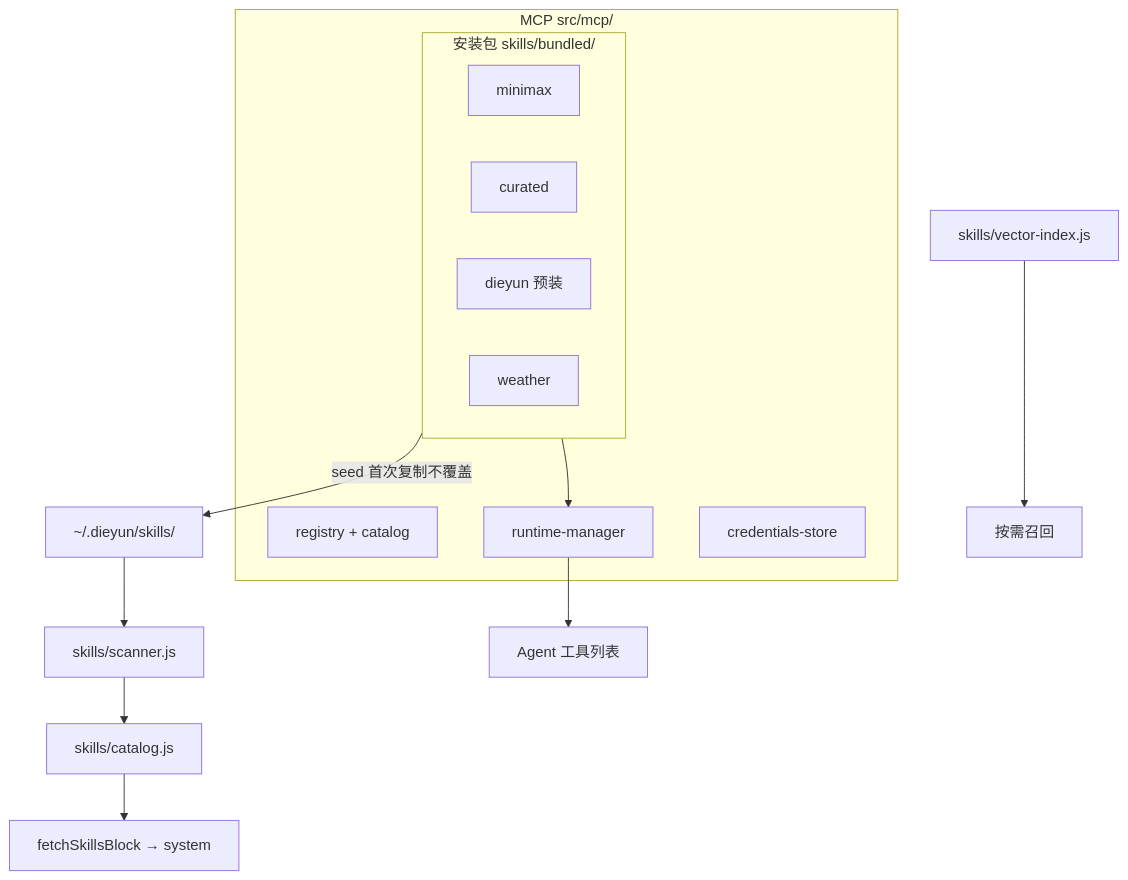
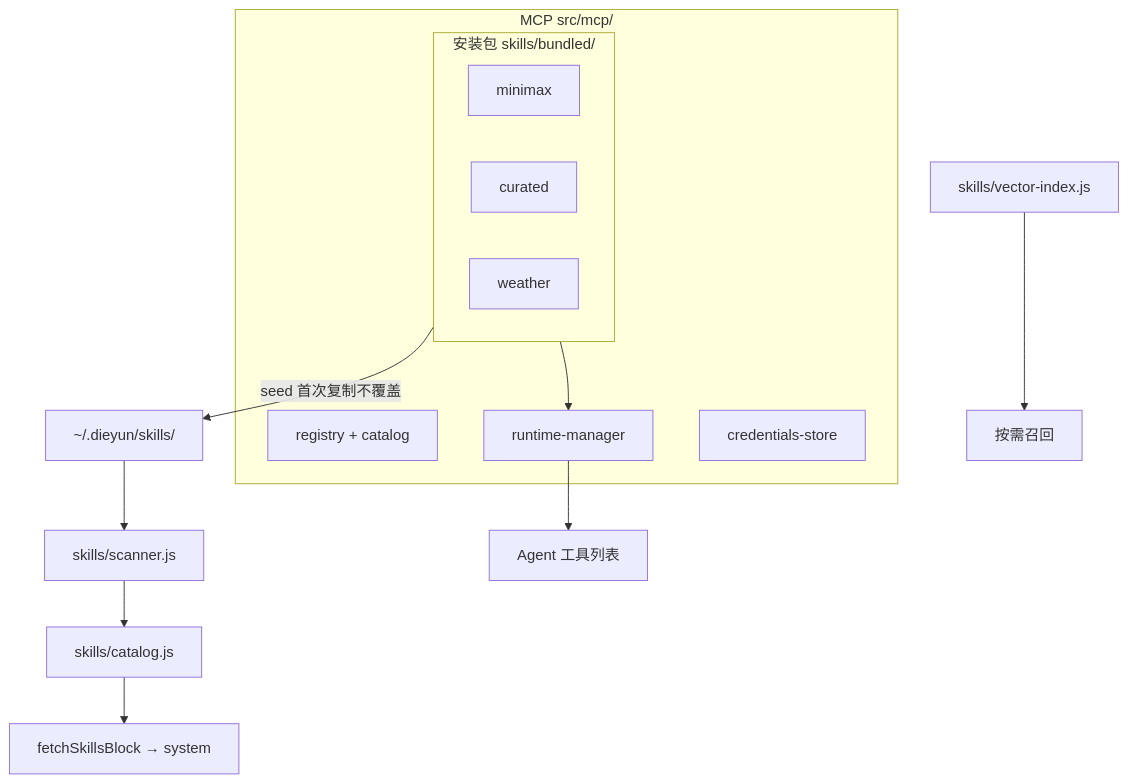
Before and after one commit to zuochamo/dieyunagent: the tenth of 15 diagrams in docs/ARCHITECTURE.md, drawn with Mermaid. The commit also changed other lines of this file and 45 other files, not shown here.

````diff
--- a/docs/ARCHITECTURE.md
+++ b/docs/ARCHITECTURE.md
@@ -507,25 +507,24 @@
 ```mermaid
 flowchart TB
   subgraph Bundled["安装包 skills/bundled/"]
     MiniMax[minimax]
     Curated[curated]
-    Dieyun[dieyun 预装]
     Weather[weather]
   end
 
   Bundled -->|seed 首次复制不覆盖| Home["~/.dieyun/skills/"]
   Home --> Scan[skills/scanner.js]
   Scan --> Catalog[skills/catalog.js]
   Catalog --> Prompt[fetchSkillsBlock → system]
   VectorIdx[skills/vector-index.js] --> Recall[按需召回]
 
   subgraph MCPmod["MCP src/mcp/"]
     Registry[registry + catalog]
     Bundled[build/mcp-bundled 预打包产物]
     Runtime[runtime-manager]
     Creds[credentials-store]
   end
 
   Bundled --> Runtime
   Runtime --> Tools[Agent 工具列表]
 ```
````
